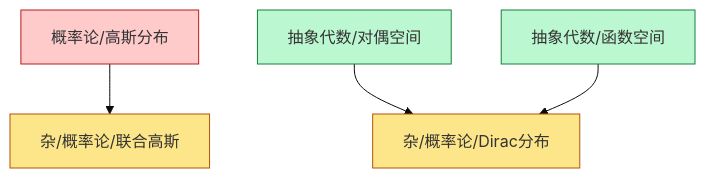
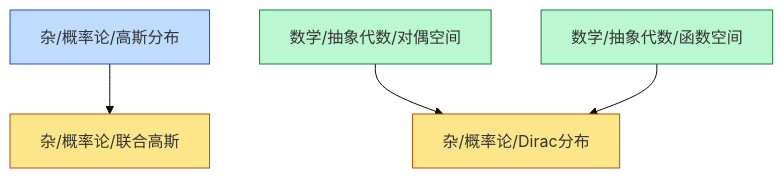
Before and after one commit to zeroDtree/zeroDtree.github.io: the diagram in content/杂/概率论/dependency_graph.md, drawn with Mermaid (base theme). The commit also changed 229 other files, not shown here.

````diff
--- a/content/杂/概率论/dependency_graph.md
+++ b/content/杂/概率论/dependency_graph.md
@@ -1,17 +1,17 @@
 ```mermaid
 graph TD
-1["概率论/高斯分布"] --> 0["杂/概率论/联合高斯"]
-3["抽象代数/对偶空间"] --> 2["杂/概率论/Dirac分布"]
-4["抽象代数/函数空间"] --> 2["杂/概率论/Dirac分布"]
+1["杂/概率论/高斯分布"] --> 0["杂/概率论/联合高斯"]
+3["数学/抽象代数/对偶空间"] --> 2["杂/概率论/Dirac分布"]
+4["数学/抽象代数/函数空间"] --> 2["杂/概率论/Dirac分布"]
 classDef leaf fill:#fde68a,stroke:#b45309
 class 0,2 leaf
-classDef externalRoot fill:#fecaca,stroke:#b91c1c
-class 1 externalRoot
+classDef root fill:#bfdbfe,stroke:#1d4ed8
+class 1 root
 classDef foundationRoot fill:#bbf7d0,stroke:#15803d
 class 3,4 foundationRoot
 click 0 "/杂/概率论/联合高斯" "杂/概率论/联合高斯"
-click 1 "/概率论/高斯分布" "概率论/高斯分布"
+click 1 "/杂/概率论/高斯分布" "杂/概率论/高斯分布"
 click 2 "/杂/概率论/dirac分布" "杂/概率论/Dirac分布"
-click 3 "/抽象代数/对偶空间" "抽象代数/对偶空间"
-click 4 "/抽象代数/函数空间" "抽象代数/函数空间"
+click 3 "/数学/抽象代数/对偶空间" "数学/抽象代数/对偶空间"
+click 4 "/数学/抽象代数/函数空间" "数学/抽象代数/函数空间"
 ```
````
